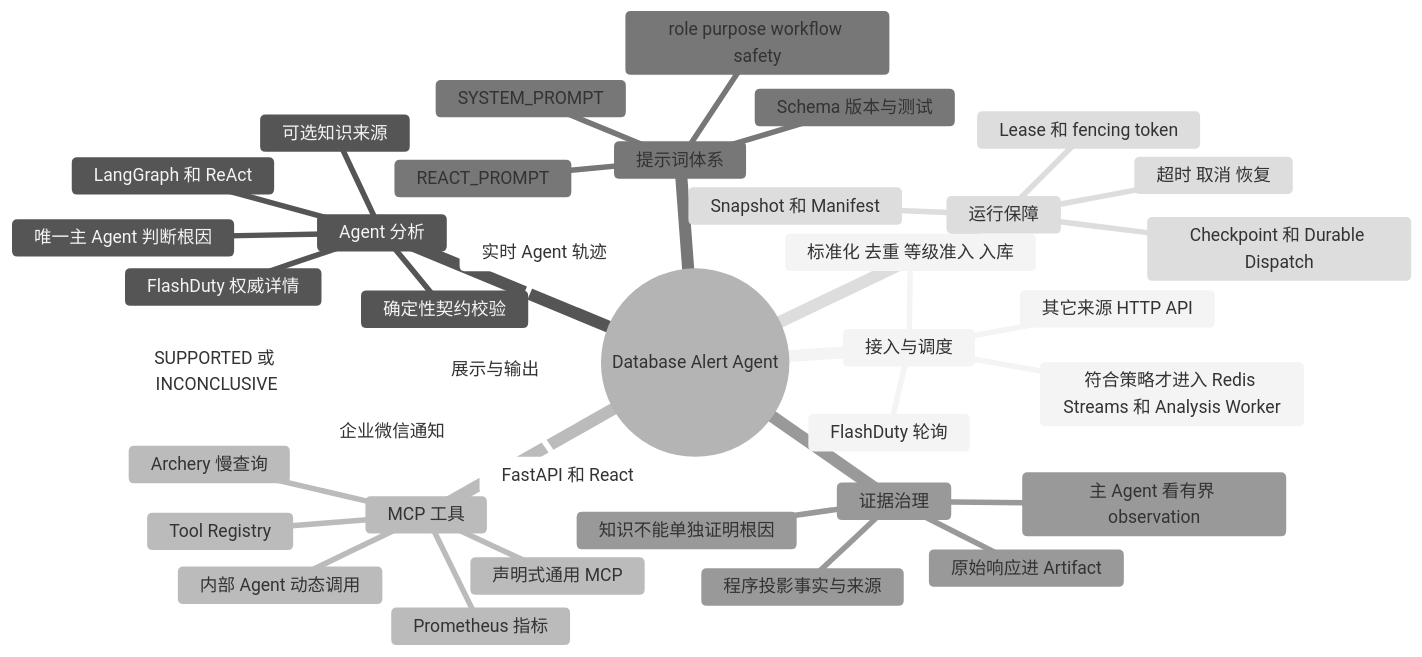
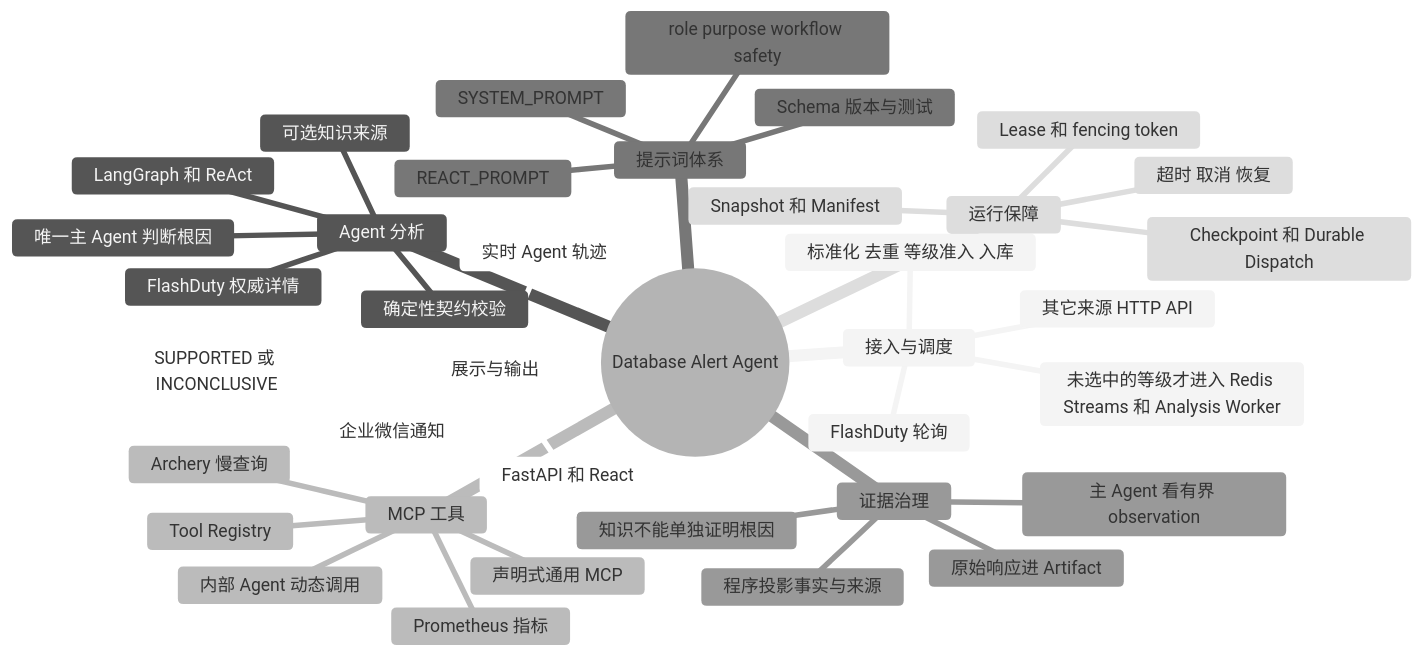
The first of 5 diagrams in docs/project-architecture.md (180cmchn/Database-Alert-Agent), drawn with Mermaid (neutral theme) before and after one commit. The commit also changed other lines of this file and 21 other files, not shown here.

````diff
--- a/docs/project-architecture.md
+++ b/docs/project-architecture.md
@@ -9,41 +9,41 @@
 ```mermaid
 mindmap
   root((Database Alert Agent))
     接入与调度
       FlashDuty 轮询
       其它来源 HTTP API
       标准化 去重 等级准入 入库
-      符合策略才进入 Redis Streams 和 Analysis Worker
+      未选中的等级才进入 Redis Streams 和 Analysis Worker
     Agent 分析
       FlashDuty 权威详情
       可选知识来源
       LangGraph 和 ReAct
       唯一主 Agent 判断根因
       确定性契约校验
     MCP 工具
       Tool Registry
       Archery 慢查询
       Prometheus 指标
       声明式通用 MCP
       内部 Agent 动态调用
     提示词体系
       REACT_PROMPT
       SYSTEM_PROMPT
       role purpose workflow safety
       Schema 版本与测试
     证据治理
       原始响应进 Artifact
       程序投影事实与来源
       主 Agent 看有界 observation
       知识不能单独证明根因
     运行保障
       Snapshot 和 Manifest
       Lease 和 fencing token
       Checkpoint 和 Durable Dispatch
       超时 取消 恢复
     展示与输出
       FastAPI 和 React
       实时 Agent 轨迹
       企业微信通知
       SUPPORTED 或 INCONCLUSIVE
 ```
````
